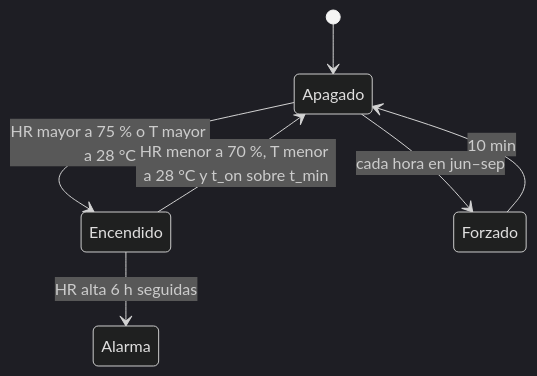
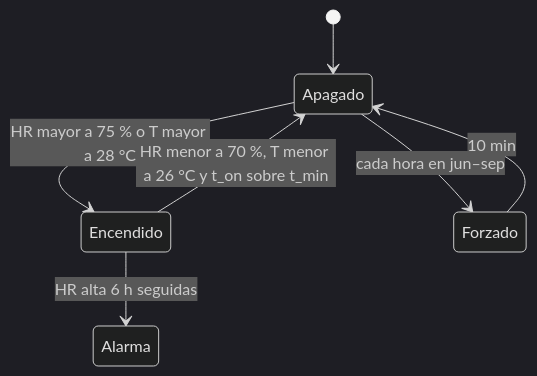
The third of 5 diagrams in docs/diseno/control.md (AndresIslas99/HomeGreen), drawn with Mermaid (dark theme) before and after one commit. The commit also changed other lines of this file and 61 other files, not shown here.

````diff
--- a/docs/diseno/control.md
+++ b/docs/diseno/control.md
@@ -123,9 +124,9 @@
 ```mermaid
 stateDiagram-v2
     [*] --> Apagado
     Apagado --> Encendido: HR mayor a 75 % o T mayor a 28 °C
-    Encendido --> Apagado: HR menor a 70 %, T menor a 28 °C y t_on sobre t_min
+    Encendido --> Apagado: HR menor a 70 %, T menor a 26 °C y t_on sobre t_min
     Apagado --> Forzado: cada hora en jun–sep
     Forzado --> Apagado: 10 min
     Encendido --> Alarma: HR alta 6 h seguidas
 ```
````
